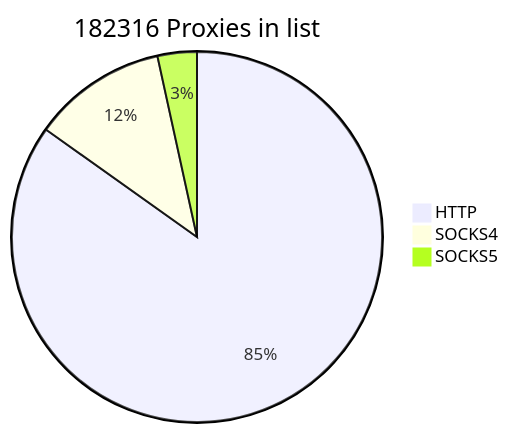
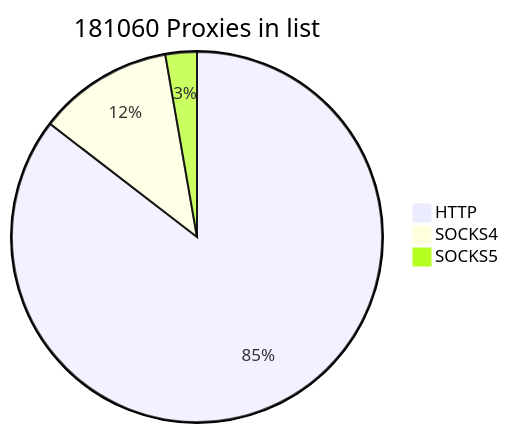
The first of 2 diagrams in README.md (cutipu/proxylist), drawn with Mermaid before and after one commit. The commit also changed other lines of this file, not shown here.

````diff
--- a/README.md
+++ b/README.md
@@ -2,7 +2,7 @@
 ```mermaid
-pie title 182316 Proxies in list
-    "HTTP" : 154677
-    "SOCKS4" : 21387
-    "SOCKS5" : 6252
+pie title 181060 Proxies in list
+    "HTTP" : 154708
+    "SOCKS4" : 21385
+    "SOCKS5" : 4967
             
 ```
````
